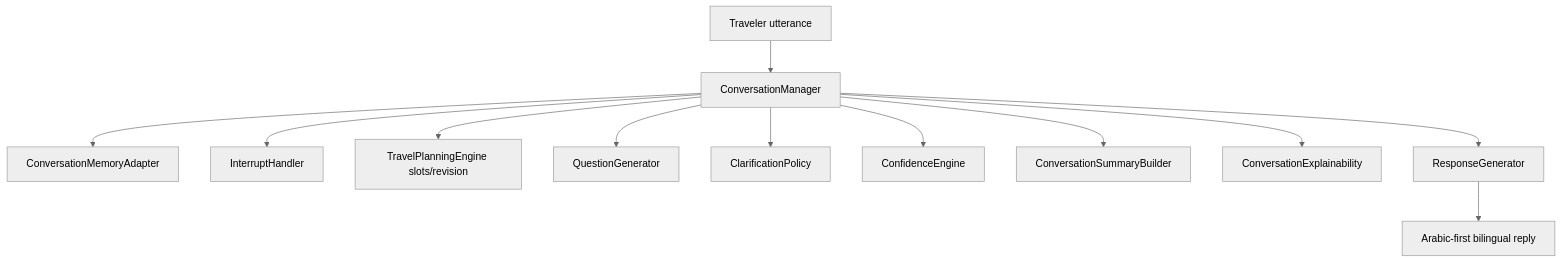
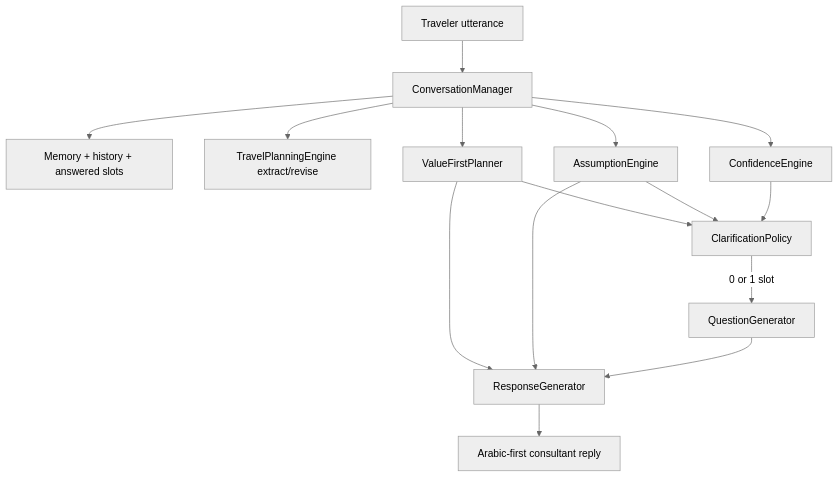
One commit to SamiAlamoudi/rahhal-ai-platform changed the first of 2 diagrams in docs/SPRINT85_CONVERSATION_MANAGER.md. Above: the diagram before and after it, drawn with Mermaid (neutral theme). The commit also changed other lines of this file and 15 other files, not shown here.

First line of the commit message:
feat(brain): Value Before Questions for Conversation Manager

````diff
--- a/docs/SPRINT85_CONVERSATION_MANAGER.md
+++ b/docs/SPRINT85_CONVERSATION_MANAGER.md
@@ -25,14 +48,17 @@
 ```mermaid
 flowchart TD
   U[Traveler utterance] --> CM[ConversationManager]
-  CM --> MEM[ConversationMemoryAdapter]
-  CM --> INT[InterruptHandler]
-  CM --> PLAN[TravelPlanningEngine slots/revision]
-  CM --> Q[QuestionGenerator]
-  CM --> POL[ClarificationPolicy]
+  CM --> MEM[Memory + history + answered slots]
+  CM --> PLAN[TravelPlanningEngine extract/revise]
+  CM --> ASSUME[AssumptionEngine]
+  CM --> VALUE[ValueFirstPlanner]
+  VALUE --> POL[ClarificationPolicy]
+  ASSUME --> POL
   CM --> CONF[ConfidenceEngine]
-  CM --> SUM[ConversationSummaryBuilder]
-  CM --> EXP[ConversationExplainability]
-  CM --> RG[ResponseGenerator]
-  RG --> OUT[Arabic-first bilingual reply]
+  CONF --> POL
+  POL -->|0 or 1 slot| Q[QuestionGenerator]
+  VALUE --> RG[ResponseGenerator]
+  ASSUME --> RG
+  Q --> RG
+  RG --> OUT[Arabic-first consultant reply]
 ```
````
